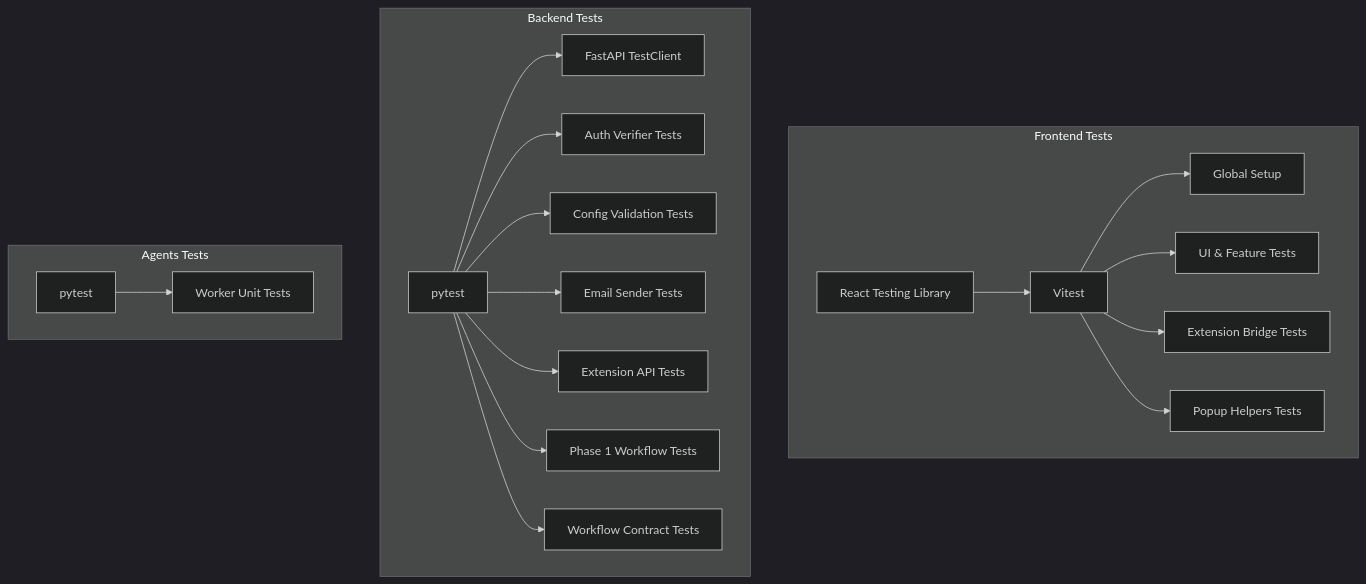
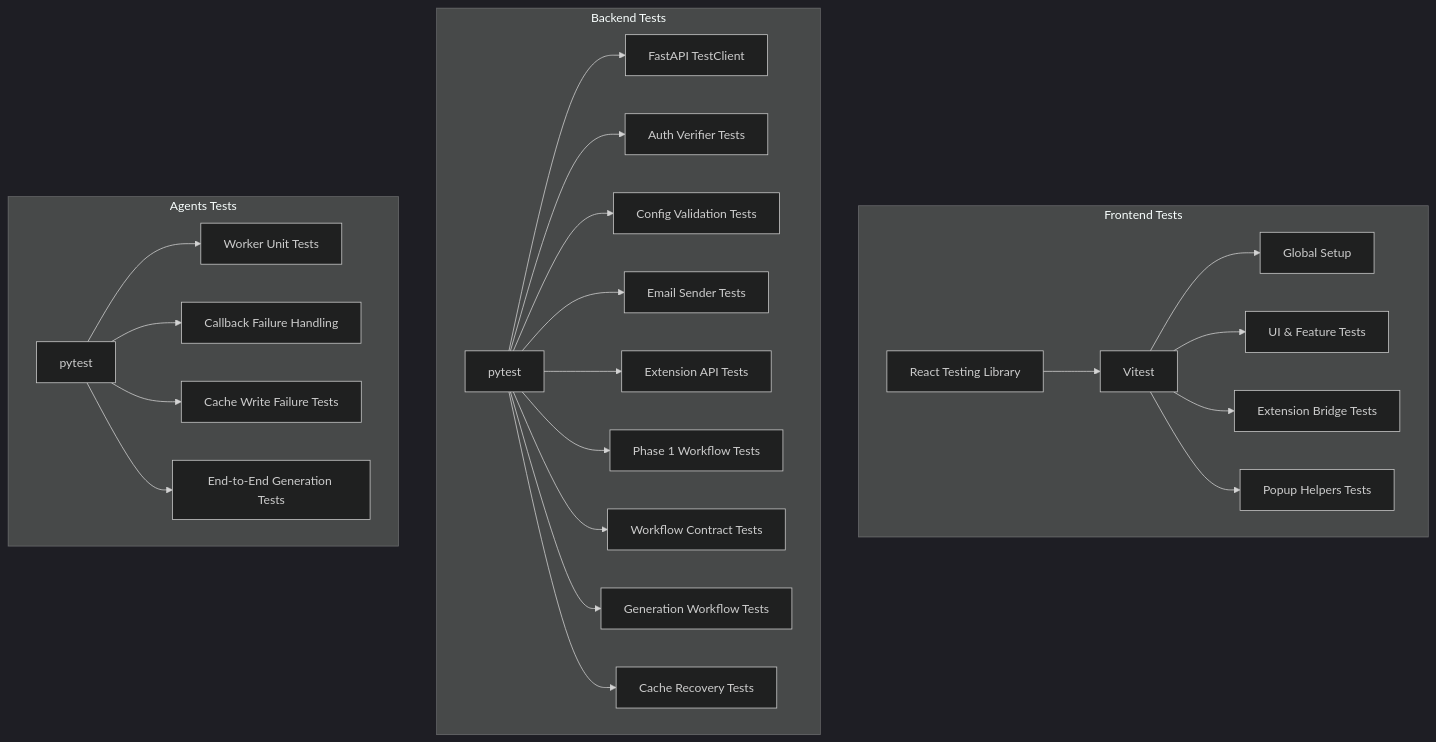
Before and after one commit to sankaL/resume-app: the second of 7 diagrams in .qoder/repowiki/en/content/Testing Strategy/Testing Strategy.md, drawn with Mermaid (dark theme). The commit also changed other lines of this file and 5 other files, not shown here.

````diff
--- a/.qoder/repowiki/en/content/Testing Strategy/Testing Strategy.md
+++ b/.qoder/repowiki/en/content/Testing Strategy/Testing Strategy.md
@@ -138,38 +160,48 @@
 ```mermaid
 graph TB
 subgraph "Frontend Tests"
 RTL["React Testing Library"]
 VT["Vitest"]
 SETUP["Global Setup"]
 APP_TESTS["UI & Feature Tests"]
 EXT_BRIDGE["Extension Bridge Tests"]
 EXT_POPUP["Popup Helpers Tests"]
 end
 subgraph "Backend Tests"
 PYTEST["pytest"]
 TC["FastAPI TestClient"]
 AUTH["Auth Verifier Tests"]
 CFG["Config Validation Tests"]
 EMAIL["Email Sender Tests"]
 EXT_API["Extension API Tests"]
 PHASE1["Phase 1 Workflow Tests"]
 WORKFLOW["Workflow Contract Tests"]
+GEN_WORKFLOW["Generation Workflow Tests"]
+CACHE_RECOVERY["Cache Recovery Tests"]
 end
 subgraph "Agents Tests"
 AG_PYTEST["pytest"]
 WORKER["Worker Unit Tests"]
+CALLBACK_HANDLING["Callback Failure Handling"]
+CACHE_WRITE["Cache Write Failure Tests"]
+END_TO_END["End-to-End Generation Tests"]
 end
 RTL --> VT
 VT --> SETUP
 VT --> APP_TESTS
 VT --> EXT_BRIDGE
 VT --> EXT_POPUP
 PYTEST --> TC
 PYTEST --> AUTH
 PYTEST --> CFG
 PYTEST --> EMAIL
 PYTEST --> EXT_API
 PYTEST --> PHASE1
 PYTEST --> WORKFLOW
+PYTEST --> GEN_WORKFLOW
+PYTEST --> CACHE_RECOVERY
 AG_PYTEST --> WORKER
+AG_PYTEST --> CALLBACK_HANDLING
+AG_PYTEST --> CACHE_WRITE
+AG_PYTEST --> END_TO_END
 ```
````
